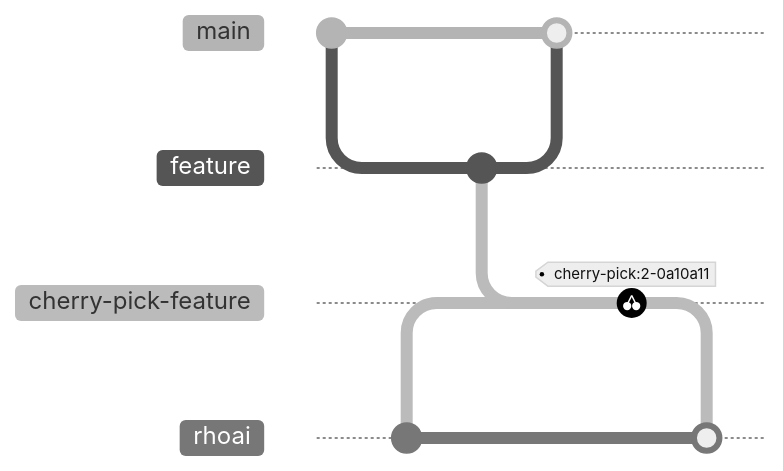
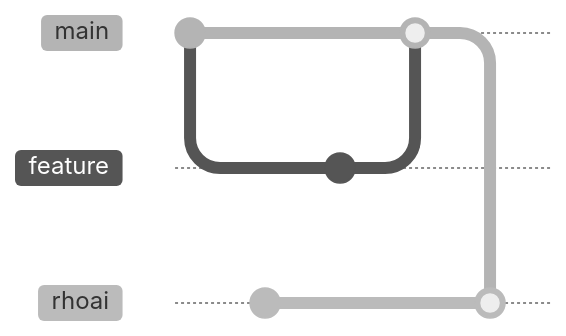
One commit to opendatahub-io/opendatahub-operator changed the first of 2 diagrams in docs/release-workflow-guide.md. Above: the diagram before and after it, drawn with Mermaid (neutral theme). The commit also changed other lines of this file and 1 other file, not shown here. Commit ids are hidden.

````diff
--- a/docs/release-workflow-guide.md
+++ b/docs/release-workflow-guide.md
@@ -35,18 +35,15 @@
 ```mermaid
 gitGraph
     branch rhoai order: 4
     checkout main
     commit
     checkout rhoai
     commit
     checkout main
     branch feature
     commit id: "2-0a10a11"
     checkout main
     merge feature
     checkout rhoai
-    branch cherry-pick-feature
-    cherry-pick id:"2-0a10a11"
-    checkout rhoai
-    merge cherry-pick-feature
+    merge main
 ```
````
